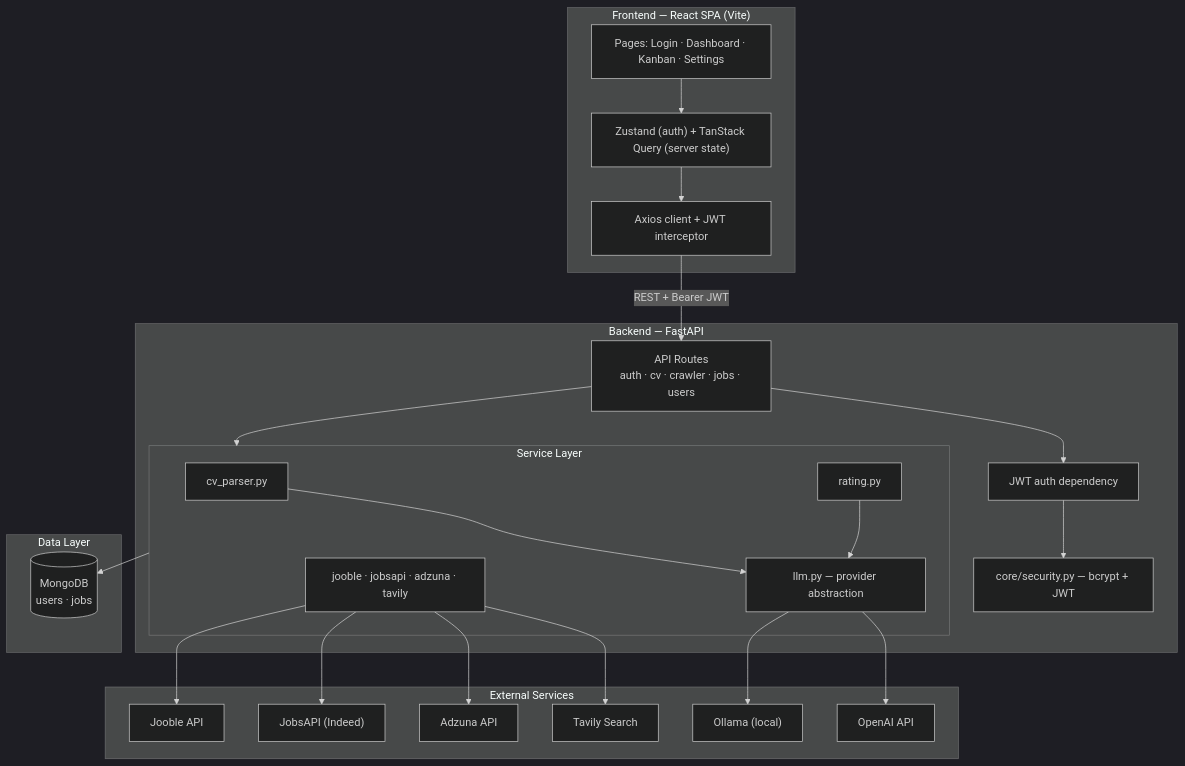
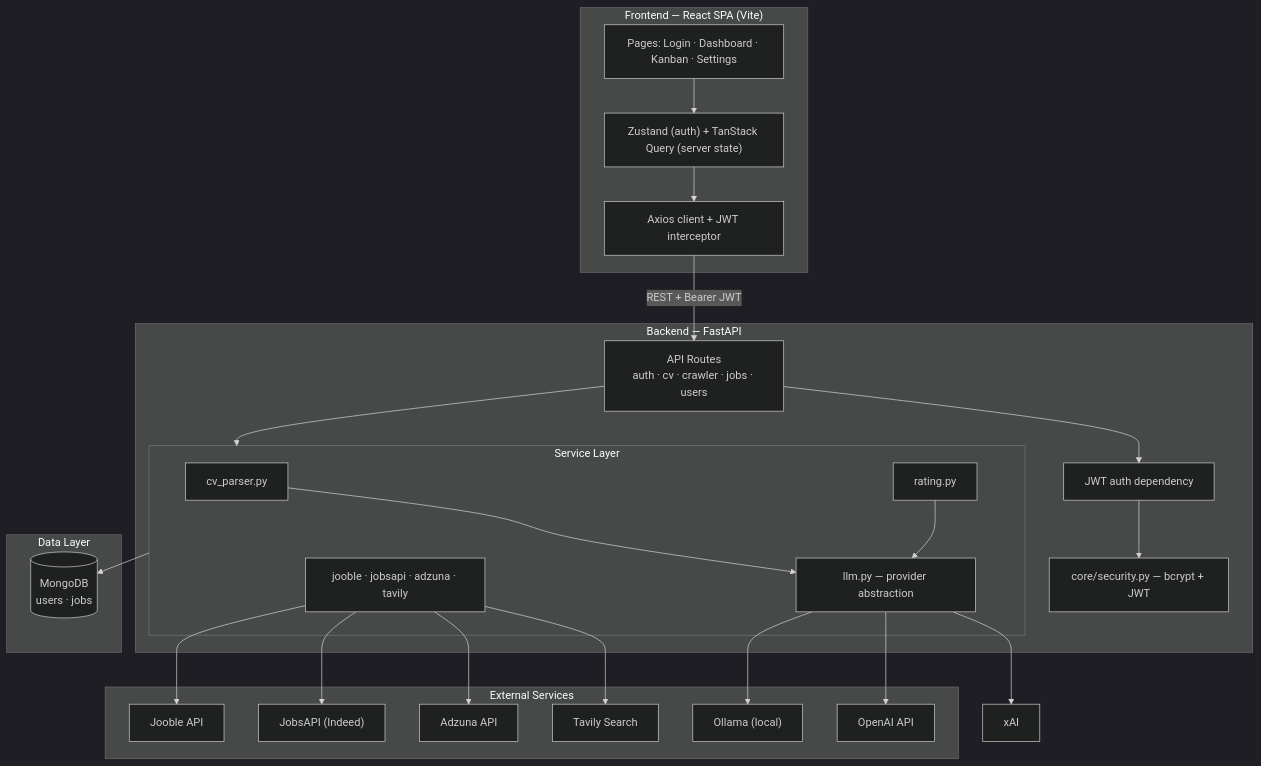
Before and after one commit to itsmesaim/jobRadarAI: the first of 9 diagrams in README.md, drawn with Mermaid (dark theme). The commit also changed other lines of this file and 28 other files, not shown here.

````diff
--- a/README.md
+++ b/README.md
@@ -26,43 +28,43 @@
 ```mermaid
 flowchart TB
     subgraph Client["Frontend — React SPA (Vite)"]
         Pages["Pages: Login · Dashboard · Kanban · Settings"]
         State["Zustand (auth) + TanStack Query (server state)"]
         Axios["Axios client + JWT interceptor"]
     end
 
     subgraph Backend["Backend — FastAPI"]
         Routes["API Routes<br/>auth · cv · crawler · jobs · users"]
         Deps["JWT auth dependency"]
         subgraph Services["Service Layer"]
             CVParser["cv_parser.py"]
             Rating["rating.py"]
             Crawlers["jooble · jobsapi · adzuna · tavily"]
             LLM["llm.py — provider abstraction"]
         end
         Security["core/security.py — bcrypt + JWT"]
     end
 
     subgraph Data["Data Layer"]
         MongoDB[("MongoDB<br/>users · jobs")]
     end
 
     subgraph External["External Services"]
         Jooble["Jooble API"]
         JobsAPI["JobsAPI (Indeed)"]
         Adzuna["Adzuna API"]
         Tavily["Tavily Search"]
         Ollama["Ollama (local)"]
         OpenAI["OpenAI API"]
     end
 
     Pages --> State --> Axios
     Axios -->|"REST + Bearer JWT"| Routes
     Routes --> Deps --> Security
     Routes --> Services
     Services --> MongoDB
     CVParser --> LLM
     Rating --> LLM
     Crawlers --> Jooble & JobsAPI & Adzuna & Tavily
-    LLM --> Ollama & OpenAI
+    LLM --> Ollama & OpenAI & xAI
 ```
````
